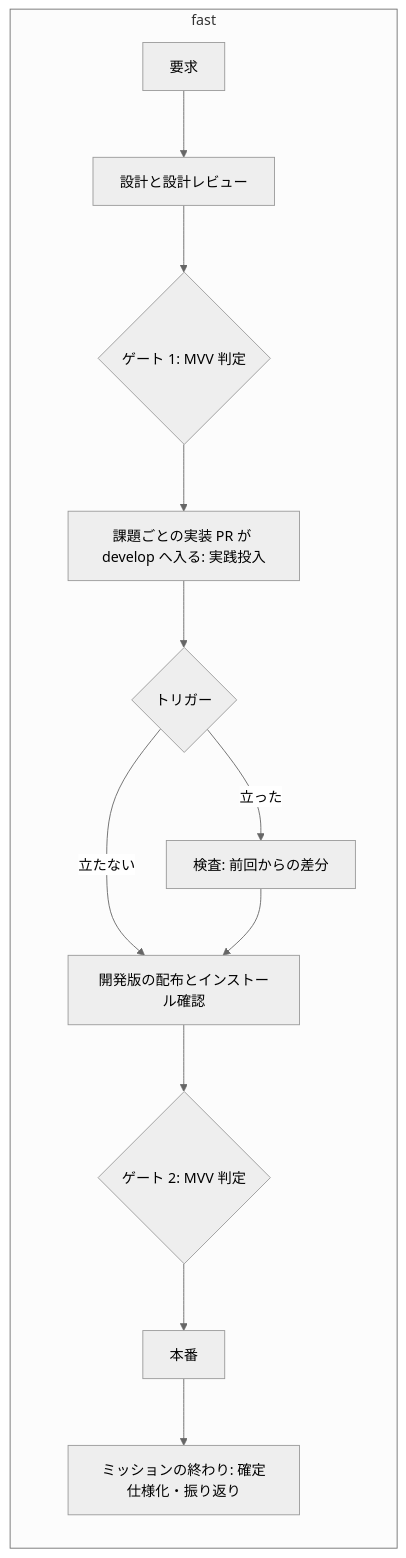
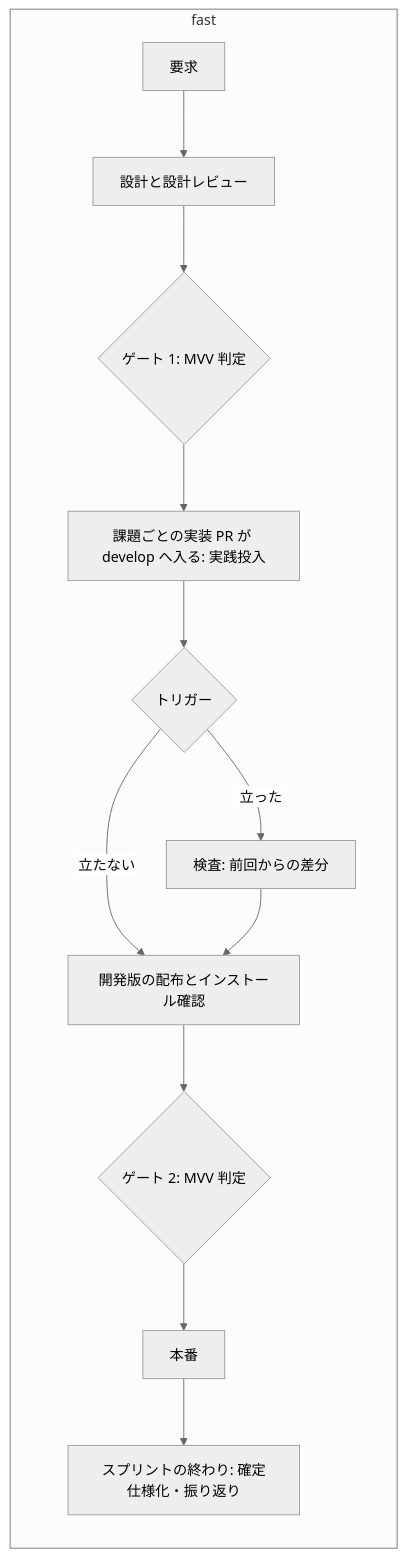
One commit to devbasex/ai-plugins changed the third of 3 diagrams in plugins/ndf/skills/development-workflow/references/pace.md. Above: the diagram before and after it, drawn with Mermaid (neutral theme). The commit also changed other lines of this file and 103 other files, not shown here.

````diff
--- a/plugins/ndf/skills/development-workflow/references/pace.md
+++ b/plugins/ndf/skills/development-workflow/references/pace.md
@@ -47,13 +47,13 @@
 ```mermaid
 graph LR
     subgraph fast
         F1[要求] --> F2[設計と設計レビュー] --> F3{ゲート 1: MVV 判定}
         F3 --> F4[課題ごとの実装 PR が develop へ入る: 実践投入]
         F4 --> F5{トリガー}
         F5 -->|立った| F6[検査: 前回からの差分]
         F5 -->|立たない| F7[開発版の配布とインストール確認]
         F6 --> F7
         F7 --> F8{ゲート 2: MVV 判定} --> F9[本番]
-        F9 --> F10[ミッションの終わり: 確定仕様化・振り返り]
+        F9 --> F10[スプリントの終わり: 確定仕様化・振り返り]
     end
 ```
````
